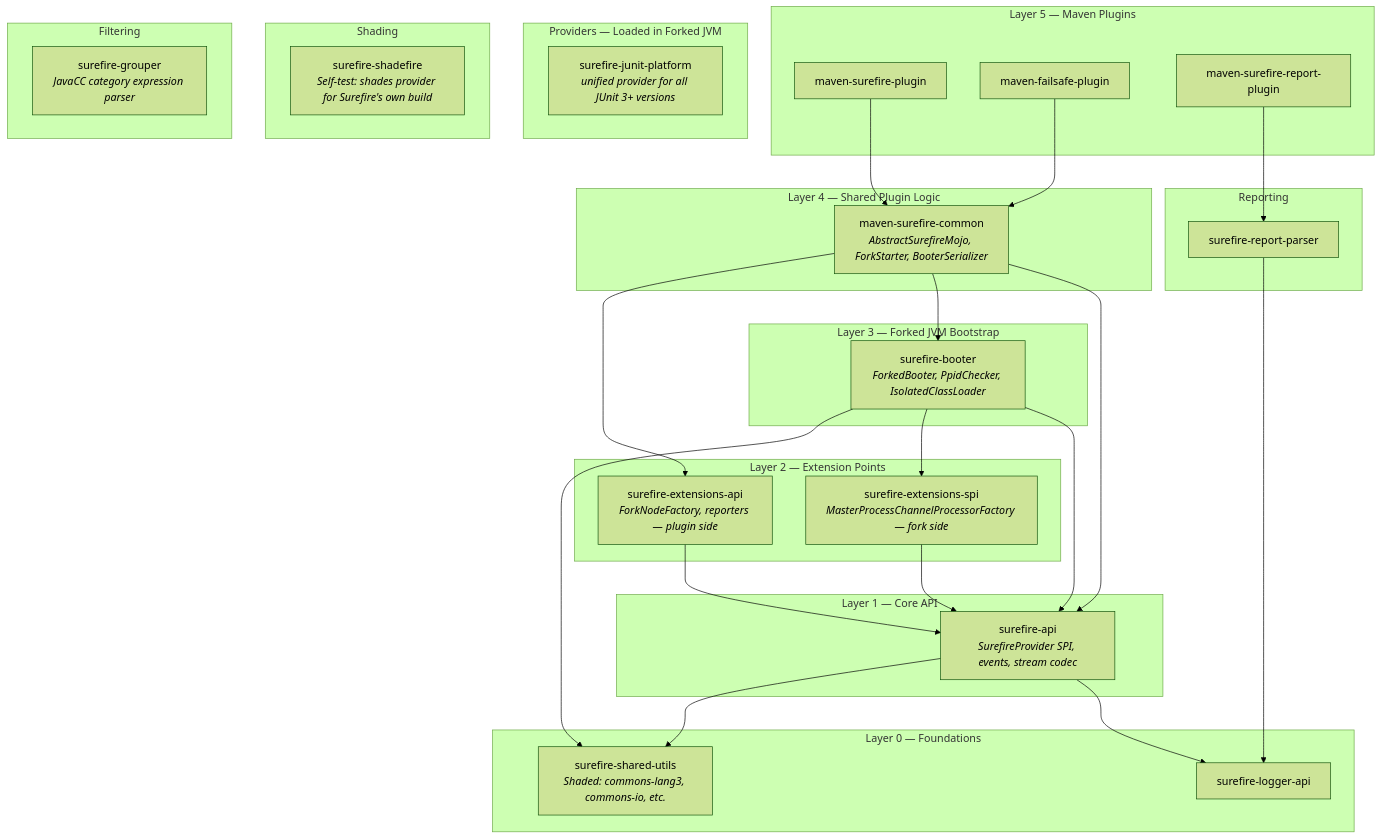
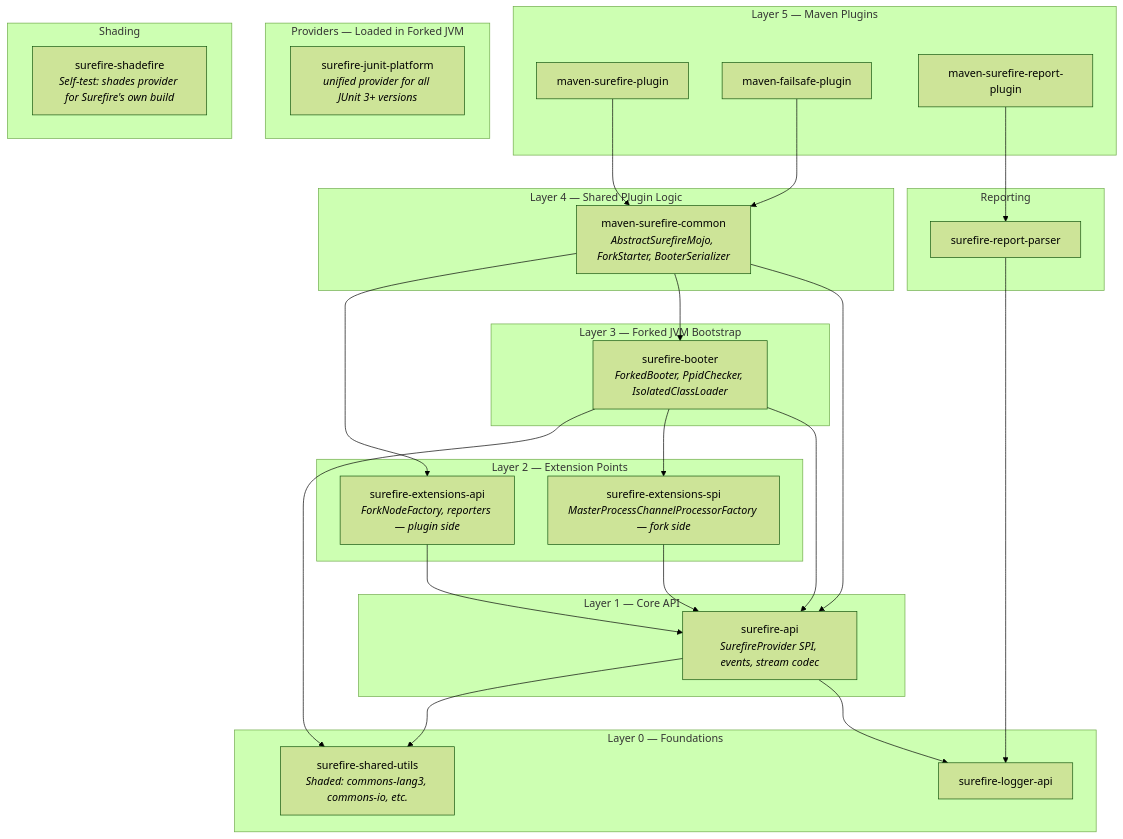
Before and after one commit to apache/maven-surefire: the first of 5 diagrams in maven-surefire-plugin/src/site/markdown/architecture.md, drawn with Mermaid (forest theme). The commit also changed other lines of this file and 17 other files, not shown here.

````diff
--- a/maven-surefire-plugin/src/site/markdown/architecture.md
+++ b/maven-surefire-plugin/src/site/markdown/architecture.md
@@ -43,61 +43,57 @@
 ```mermaid
 graph TD
     subgraph "Layer 5 — Maven Plugins"
         MSP["maven-surefire-plugin"]
         MFP["maven-failsafe-plugin"]
         MRP["maven-surefire-report-plugin"]
     end
 
     subgraph "Layer 4 — Shared Plugin Logic"
         MSC["maven-surefire-common<br/><i>AbstractSurefireMojo, ForkStarter, BooterSerializer</i>"]
     end
 
     subgraph "Layer 3 — Forked JVM Bootstrap"
         SB["surefire-booter<br/><i>ForkedBooter, PpidChecker, IsolatedClassLoader</i>"]
     end
 
     subgraph "Layer 2 — Extension Points"
         SEA["surefire-extensions-api<br/><i>ForkNodeFactory, reporters — plugin side</i>"]
         SES["surefire-extensions-spi<br/><i>MasterProcessChannelProcessorFactory — fork side</i>"]
     end
 
     subgraph "Layer 1 — Core API"
         SA["surefire-api<br/><i>SurefireProvider SPI, events, stream codec</i>"]
     end
 
     subgraph "Layer 0 — Foundations"
         SLA["surefire-logger-api"]
         SSU["surefire-shared-utils<br/><i>Shaded: commons-lang3, commons-io, etc.</i>"]
     end
 
     subgraph "Providers — Loaded in Forked JVM"
         JP["surefire-junit-platform<br/><i>unified provider for all JUnit 3+ versions</i>"]
     end
 
     subgraph "Shading"
         SF["surefire-shadefire<br/><i>Self-test: shades provider for Surefire's own build</i>"]
     end
 
     subgraph "Reporting"
         SRP["surefire-report-parser"]
     end
 
-    subgraph "Filtering"
-        SG["surefire-grouper<br/><i>JavaCC category expression parser</i>"]
-    end
-
     MSP --> MSC
     MFP --> MSC
     MSC --> SA
     MSC --> SB
     MSC --> SEA
     SB --> SA
     SB --> SES
     SEA --> SA
     SES --> SA
     SA --> SLA
     SA --> SSU
     SB --> SSU
     MRP --> SRP
     SRP --> SLA
 ```
````
